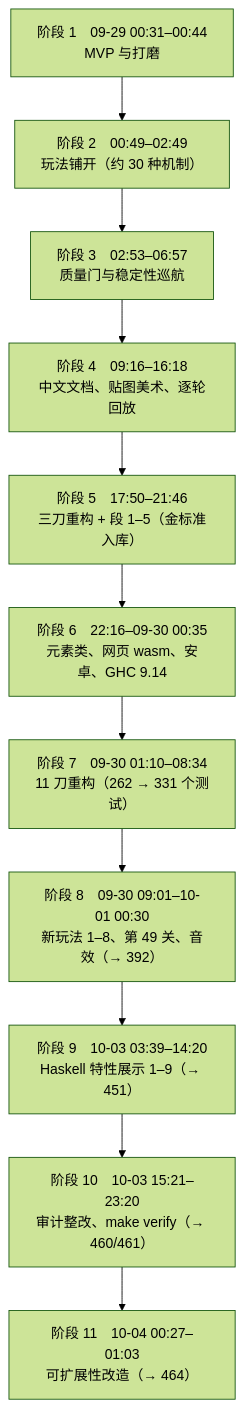
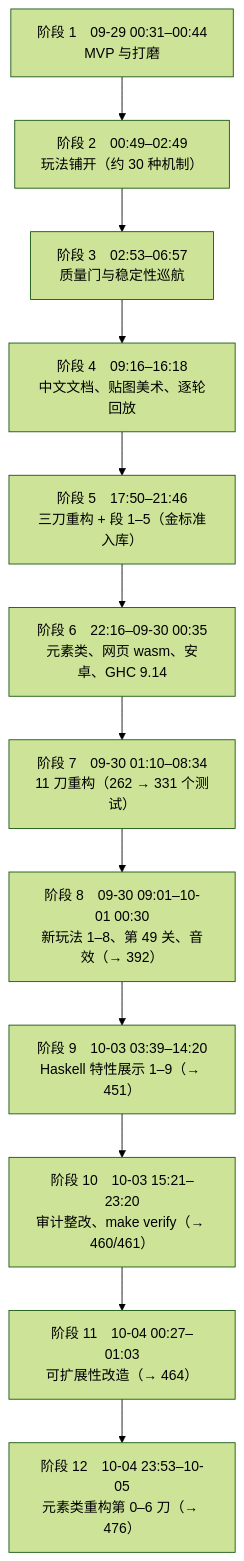
The diagram in docs/guide/08-演进史.md (exsabersac/match3), drawn with Mermaid (forest theme) before and after one commit. The commit also changed other lines of this file and 9 other files, not shown here.

Commit message:
元素类重构第 6 刀（中）：guide 04 改写为能力类 / Kind / Layer / World / Mechanic，architecture / testing / guide 01–03、07–09 同步（476 个）

````diff
--- a/docs/guide/08-演进史.md
+++ b/docs/guide/08-演进史.md
@@ -10,13 +10,14 @@
 ```mermaid
 flowchart TB
   A["阶段 1　09-29 00:31–00:44<br/>MVP 与打磨"] --> B["阶段 2　00:49–02:49<br/>玩法铺开（约 30 种机制）"]
   B --> C["阶段 3　02:53–06:57<br/>质量门与稳定性巡航"]
   C --> D["阶段 4　09:16–16:18<br/>中文文档、贴图美术、逐轮回放"]
   D --> E["阶段 5　17:50–21:46<br/>三刀重构 + 段 1–5（金标准入库）"]
   E --> F["阶段 6　22:16–09-30 00:35<br/>元素类、网页 wasm、安卓、GHC 9.14"]
   F --> G["阶段 7　09-30 01:10–08:34<br/>11 刀重构（262 → 331 个测试）"]
   G --> H["阶段 8　09-30 09:01–10-01 00:30<br/>新玩法 1–8、第 49 关、音效（→ 392）"]
   H --> I["阶段 9　10-03 03:39–14:20<br/>Haskell 特性展示 1–9（→ 451）"]
   I --> J["阶段 10　10-03 15:21–23:20<br/>审计整改、make verify（→ 460/461）"]
   J --> K["阶段 11　10-04 00:27–01:03<br/>可扩展性改造（→ 464）"]
+  K --> L["阶段 12　10-04 23:53–10-05<br/>元素类重构第 0–6 刀（→ 476）"]
 ```
````
